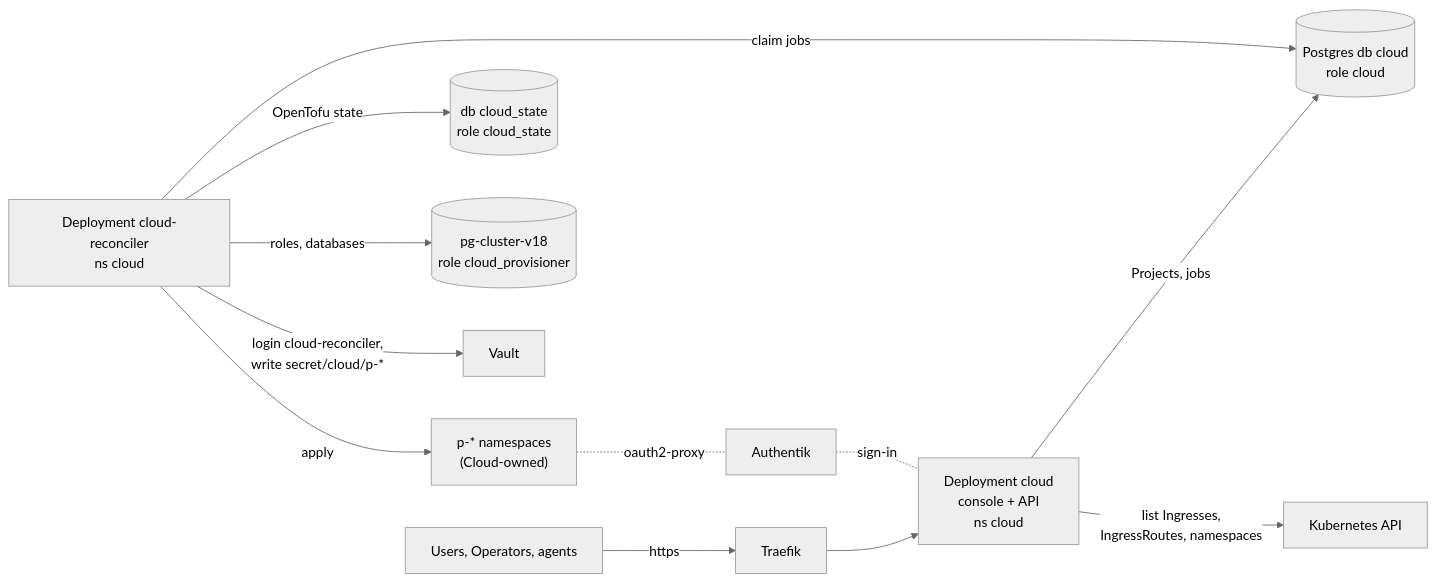
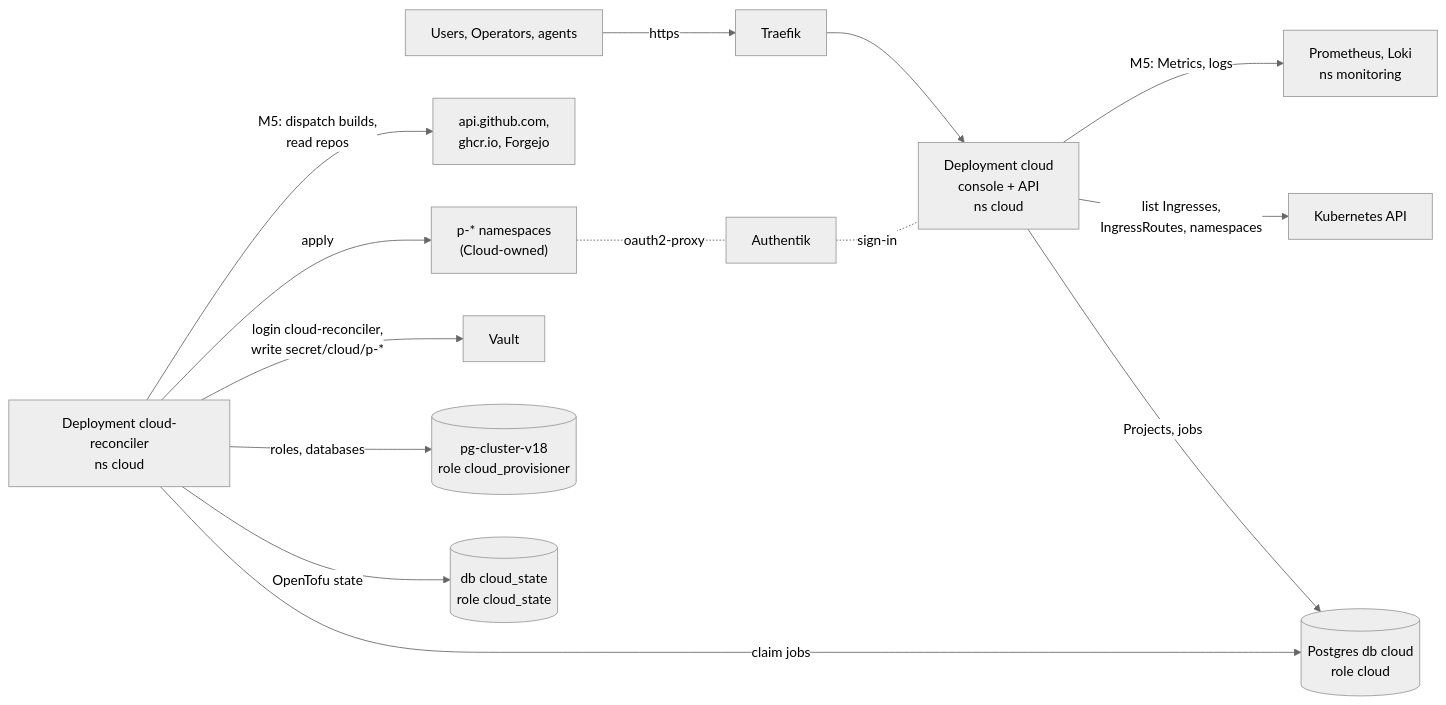
The diagram in docs/architecture/cloud.md (ViktorBarzin/infra), drawn with Mermaid (neutral theme) before and after one commit. The commit also changed other lines of this file and 12 other files, not shown here.

First line of the commit message:
cloud: wire up M5 builds, secrets, metrics and logs

````diff
--- a/docs/architecture/cloud.md
+++ b/docs/architecture/cloud.md
@@ -15,14 +15,16 @@
 ```mermaid
 flowchart LR
   U["Users, Operators, agents"] -->|https| T[Traefik]
   T --> C["Deployment cloud<br/>console + API<br/>ns cloud"]
   C -->|Projects, jobs| DB[("Postgres db cloud<br/>role cloud")]
   C -->|list Ingresses,<br/>IngressRoutes, namespaces| K[Kubernetes API]
   R["Deployment cloud-reconciler<br/>ns cloud"] -->|claim jobs| DB
   R -->|OpenTofu state| ST[("db cloud_state<br/>role cloud_state")]
   R -->|roles, databases| PG[("pg-cluster-v18<br/>role cloud_provisioner")]
   R -->|login cloud-reconciler,<br/>write secret/cloud/p-*| V[Vault]
   R -->|apply| P["p-* namespaces<br/>(Cloud-owned)"]
+  R -->|M5: dispatch builds,<br/>read repos| GH["api.github.com,<br/>ghcr.io, Forgejo"]
+  C -->|M5: Metrics, logs| M["Prometheus, Loki<br/>ns monitoring"]
   A[Authentik] -. sign-in .- C
   P -. oauth2-proxy .- A
 ```
````
